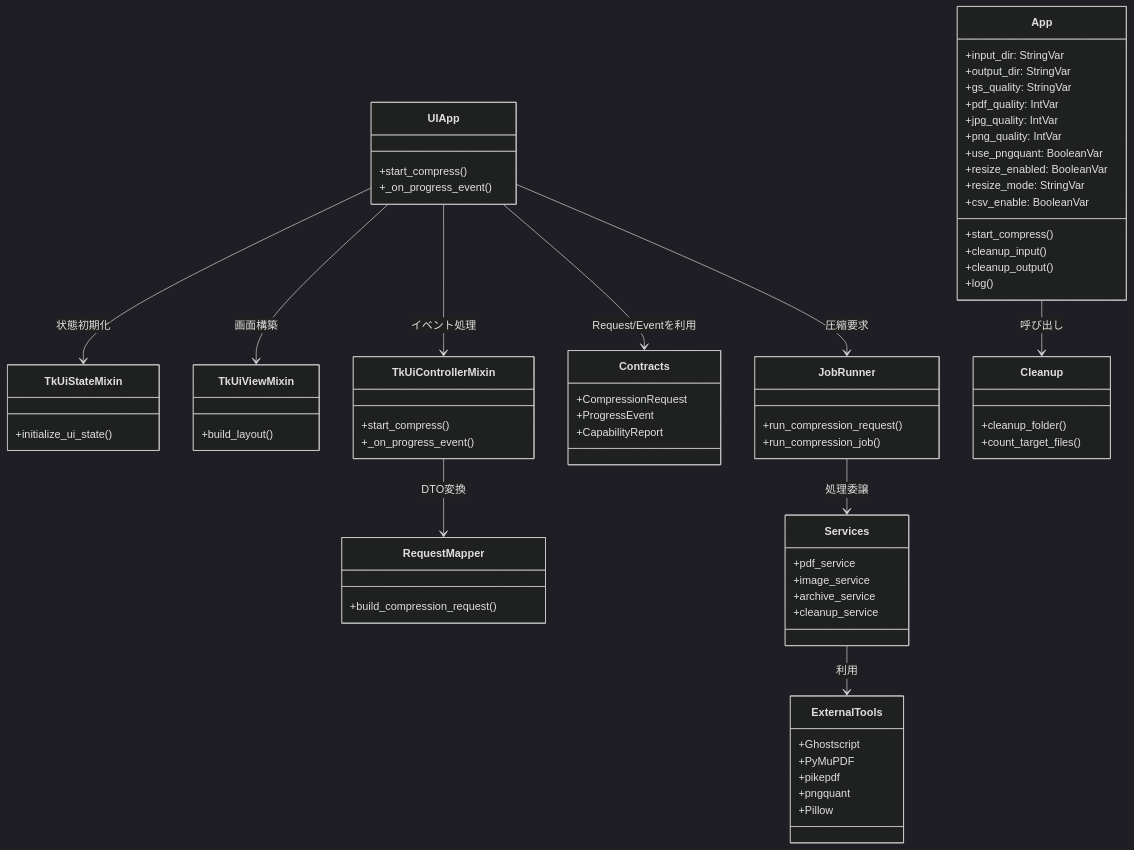
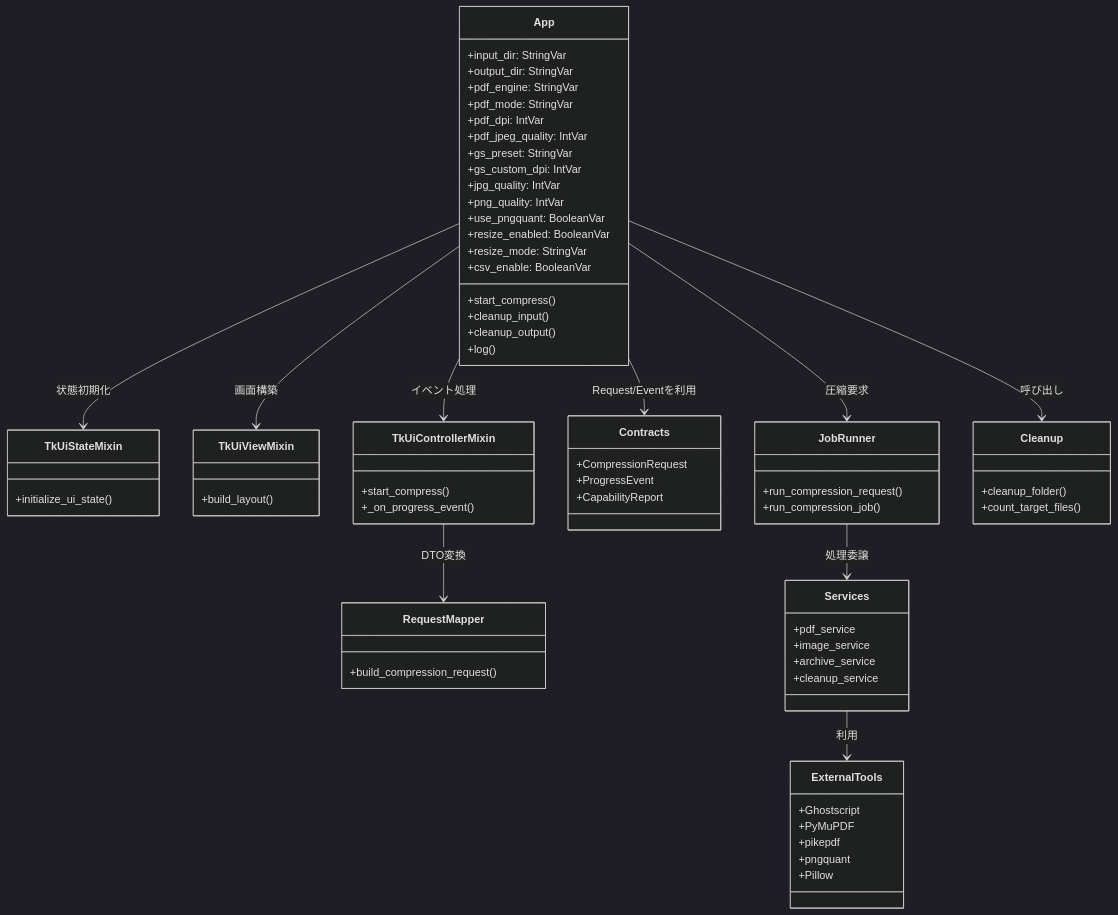
The third of 3 diagrams in Documentation/flow_sequence_and_class_diagrams.md (sho-kawasaki-dd/pjp_compressor_v2), drawn with Mermaid (dark theme) before and after one commit. The commit also changed other lines of this file and 4 other files, not shown here.

````diff
--- a/Documentation/flow_sequence_and_class_diagrams.md
+++ b/Documentation/flow_sequence_and_class_diagrams.md
@@ -90,82 +89,81 @@
 ```mermaid
 classDiagram
     class App {
         +input_dir: StringVar
         +output_dir: StringVar
-        +gs_quality: StringVar
-        +pdf_quality: IntVar
+        +pdf_engine: StringVar
+        +pdf_mode: StringVar
+        +pdf_dpi: IntVar
+        +pdf_jpeg_quality: IntVar
+        +gs_preset: StringVar
+        +gs_custom_dpi: IntVar
         +jpg_quality: IntVar
         +png_quality: IntVar
         +use_pngquant: BooleanVar
         +resize_enabled: BooleanVar
         +resize_mode: StringVar
         +csv_enable: BooleanVar
         +start_compress()
         +cleanup_input()
         +cleanup_output()
         +log()
-    }
-
-    class UIApp {
-        +start_compress()
-        +_on_progress_event()
     }
 
     class TkUiStateMixin {
         +initialize_ui_state()
     }
 
     class TkUiViewMixin {
         +build_layout()
     }
 
     class TkUiControllerMixin {
         +start_compress()
         +_on_progress_event()
     }
 
     class RequestMapper {
         +build_compression_request()
     }
 
     class Contracts {
         +CompressionRequest
         +ProgressEvent
         +CapabilityReport
     }
 
     class JobRunner {
         +run_compression_request()
         +run_compression_job()
     }
 
     class Services {
         +pdf_service
         +image_service
         +archive_service
         +cleanup_service
     }
 
     class Cleanup {
         +cleanup_folder()
         +count_target_files()
     }
 
     class ExternalTools {
         +Ghostscript
         +PyMuPDF
         +pikepdf
         +pngquant
         +Pillow
     }
 
-    UIApp --> Contracts : Request/Eventを利用
-    UIApp --> TkUiStateMixin : 状態初期化
-    UIApp --> TkUiViewMixin : 画面構築
-    UIApp --> TkUiControllerMixin : イベント処理
+    App --> Contracts : Request/Eventを利用
+    App --> TkUiStateMixin : 状態初期化
+    App --> TkUiViewMixin : 画面構築
+    App --> TkUiControllerMixin : イベント処理
     TkUiControllerMixin --> RequestMapper : DTO変換
-    UIApp --> JobRunner : 圧縮要求
+    App --> JobRunner : 圧縮要求
     JobRunner --> Services : 処理委譲
     App --> Cleanup : 呼び出し
     Services --> ExternalTools : 利用
 ```
````
